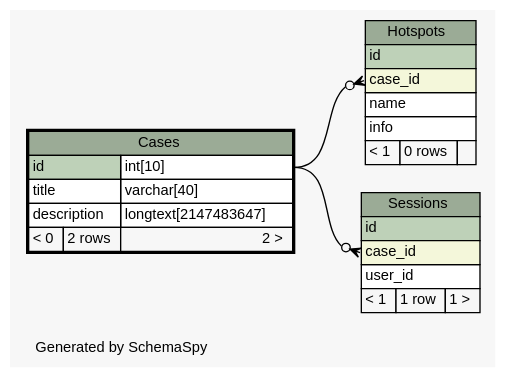
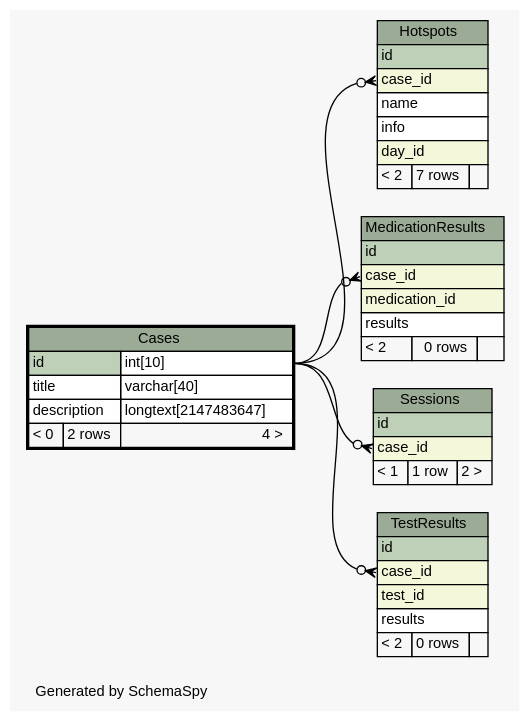
Before and after one commit to carrel2/CaseStudies: the diagram in web/files/schema/diagrams/Cases.1degree.dot, drawn with Graphviz. The commit also changed 87 other files, not shown here.

Commit message:
More work on database schema

```diff
--- a/web/files/schema/diagrams/Cases.1degree.dot
+++ b/web/files/schema/diagrams/Cases.1degree.dot
@@ -1,61 +1,89 @@
 // dot 2.38.0 on Linux 4.4.0-59-generic
 // SchemaSpy rev 590
 digraph "oneDegreeRelationshipsDiagram" {
   graph [
     rankdir="RL"
     bgcolor="#f7f7f7"
     label="\nGenerated by SchemaSpy"
     labeljust="l"
     nodesep="0.18"
     ranksep="0.46"
     fontname="Helvetica"
     fontsize="11"
   ];
   node [
     fontname="Helvetica"
     fontsize="11"
     shape="plaintext"
   ];
   edge [
     arrowsize="0.8"
   ];
   "Hotspots":"case_id":w -> "Cases":"id.type":e [arrowhead=none dir=back arrowtail=crowodot];
+  "MedicationResults":"case_id":w -> "Cases":"id.type":e [arrowhead=none dir=back arrowtail=crowodot];
   "Sessions":"case_id":w -> "Cases":"id.type":e [arrowhead=none dir=back arrowtail=crowodot];
+  "TestResults":"case_id":w -> "Cases":"id.type":e [arrowhead=none dir=back arrowtail=crowodot];
   "Cases" [
     label=<
     <TABLE BORDER="2" CELLBORDER="1" CELLSPACING="0" BGCOLOR="#ffffff">
       <TR><TD COLSPAN="3" BGCOLOR="#9bab96" ALIGN="CENTER">Cases</TD></TR>
       <TR><TD PORT="id" COLSPAN="2" BGCOLOR="#bed1b8" ALIGN="LEFT">id</TD><TD PORT="id.type" ALIGN="LEFT">int[10]</TD></TR>
       <TR><TD PORT="title" COLSPAN="2" ALIGN="LEFT">title</TD><TD PORT="title.type" ALIGN="LEFT">varchar[40]</TD></TR>
       <TR><TD PORT="description" COLSPAN="2" ALIGN="LEFT">description</TD><TD PORT="description.type" ALIGN="LEFT">longtext[2147483647]</TD></TR>
-      <TR><TD ALIGN="LEFT" BGCOLOR="#f7f7f7">&lt; 0</TD><TD ALIGN="RIGHT" BGCOLOR="#f7f7f7">2 rows</TD><TD ALIGN="RIGHT" BGCOLOR="#f7f7f7">2 &gt;</TD></TR>
+      <TR><TD ALIGN="LEFT" BGCOLOR="#f7f7f7">&lt; 0</TD><TD ALIGN="RIGHT" BGCOLOR="#f7f7f7">2 rows</TD><TD ALIGN="RIGHT" BGCOLOR="#f7f7f7">4 &gt;</TD></TR>
     </TABLE>>
     URL="Cases.html"
     tooltip="Cases"
   ];
   "Hotspots" [
     label=<
     <TABLE BORDER="0" CELLBORDER="1" CELLSPACING="0" BGCOLOR="#ffffff">
       <TR><TD COLSPAN="3" BGCOLOR="#9bab96" ALIGN="CENTER">Hotspots</TD></TR>
       <TR><TD PORT="id" COLSPAN="3" BGCOLOR="#bed1b8" ALIGN="LEFT">id</TD></TR>
       <TR><TD PORT="case_id" COLSPAN="3" BGCOLOR="#f4f7da" ALIGN="LEFT">case_id</TD></TR>
       <TR><TD PORT="name" COLSPAN="3" ALIGN="LEFT">name</TD></TR>
       <TR><TD PORT="info" COLSPAN="3" ALIGN="LEFT">info</TD></TR>
-      <TR><TD ALIGN="LEFT" BGCOLOR="#f7f7f7">&lt; 1</TD><TD ALIGN="RIGHT" BGCOLOR="#f7f7f7">0 rows</TD><TD ALIGN="RIGHT" BGCOLOR="#f7f7f7">  </TD></TR>
+      <TR><TD PORT="day_id" COLSPAN="3" BGCOLOR="#f4f7da" ALIGN="LEFT">day_id</TD></TR>
+      <TR><TD ALIGN="LEFT" BGCOLOR="#f7f7f7">&lt; 2</TD><TD ALIGN="RIGHT" BGCOLOR="#f7f7f7">7 rows</TD><TD ALIGN="RIGHT" BGCOLOR="#f7f7f7">  </TD></TR>
     </TABLE>>
     URL="Hotspots.html"
     tooltip="Hotspots"
+  ];
+  "MedicationResults" [
+    label=<
+    <TABLE BORDER="0" CELLBORDER="1" CELLSPACING="0" BGCOLOR="#ffffff">
+      <TR><TD COLSPAN="3" BGCOLOR="#9bab96" ALIGN="CENTER">MedicationResults</TD></TR>
+      <TR><TD PORT="id" COLSPAN="3" BGCOLOR="#bed1b8" ALIGN="LEFT">id</TD></TR>
+      <TR><TD PORT="case_id" COLSPAN="3" BGCOLOR="#f4f7da" ALIGN="LEFT">case_id</TD></TR>
+      <TR><TD PORT="medication_id" COLSPAN="3" BGCOLOR="#f4f7da" ALIGN="LEFT">medication_id</TD></TR>
+      <TR><TD PORT="results" COLSPAN="3" ALIGN="LEFT">results</TD></TR>
+      <TR><TD ALIGN="LEFT" BGCOLOR="#f7f7f7">&lt; 2</TD><TD ALIGN="RIGHT" BGCOLOR="#f7f7f7">0 rows</TD><TD ALIGN="RIGHT" BGCOLOR="#f7f7f7">  </TD></TR>
+    </TABLE>>
+    URL="MedicationResults.html"
+    tooltip="MedicationResults"
   ];
   "Sessions" [
     label=<
     <TABLE BORDER="0" CELLBORDER="1" CELLSPACING="0" BGCOLOR="#ffffff">
       <TR><TD COLSPAN="3" BGCOLOR="#9bab96" ALIGN="CENTER">Sessions</TD></TR>
       <TR><TD PORT="id" COLSPAN="3" BGCOLOR="#bed1b8" ALIGN="LEFT">id</TD></TR>
       <TR><TD PORT="case_id" COLSPAN="3" BGCOLOR="#f4f7da" ALIGN="LEFT">case_id</TD></TR>
-      <TR><TD PORT="user_id" COLSPAN="3" ALIGN="LEFT">user_id</TD></TR>
-      <TR><TD ALIGN="LEFT" BGCOLOR="#f7f7f7">&lt; 1</TD><TD ALIGN="RIGHT" BGCOLOR="#f7f7f7">1 row</TD><TD ALIGN="RIGHT" BGCOLOR="#f7f7f7">1 &gt;</TD></TR>
+      <TR><TD ALIGN="LEFT" BGCOLOR="#f7f7f7">&lt; 1</TD><TD ALIGN="RIGHT" BGCOLOR="#f7f7f7">1 row</TD><TD ALIGN="RIGHT" BGCOLOR="#f7f7f7">2 &gt;</TD></TR>
     </TABLE>>
     URL="Sessions.html"
     tooltip="Sessions"
   ];
+  "TestResults" [
+    label=<
+    <TABLE BORDER="0" CELLBORDER="1" CELLSPACING="0" BGCOLOR="#ffffff">
+      <TR><TD COLSPAN="3" BGCOLOR="#9bab96" ALIGN="CENTER">TestResults</TD></TR>
+      <TR><TD PORT="id" COLSPAN="3" BGCOLOR="#bed1b8" ALIGN="LEFT">id</TD></TR>
+      <TR><TD PORT="case_id" COLSPAN="3" BGCOLOR="#f4f7da" ALIGN="LEFT">case_id</TD></TR>
+      <TR><TD PORT="test_id" COLSPAN="3" BGCOLOR="#f4f7da" ALIGN="LEFT">test_id</TD></TR>
+      <TR><TD PORT="results" COLSPAN="3" ALIGN="LEFT">results</TD></TR>
+      <TR><TD ALIGN="LEFT" BGCOLOR="#f7f7f7">&lt; 2</TD><TD ALIGN="RIGHT" BGCOLOR="#f7f7f7">0 rows</TD><TD ALIGN="RIGHT" BGCOLOR="#f7f7f7">  </TD></TR>
+    </TABLE>>
+    URL="TestResults.html"
+    tooltip="TestResults"
+  ];
 }
```
